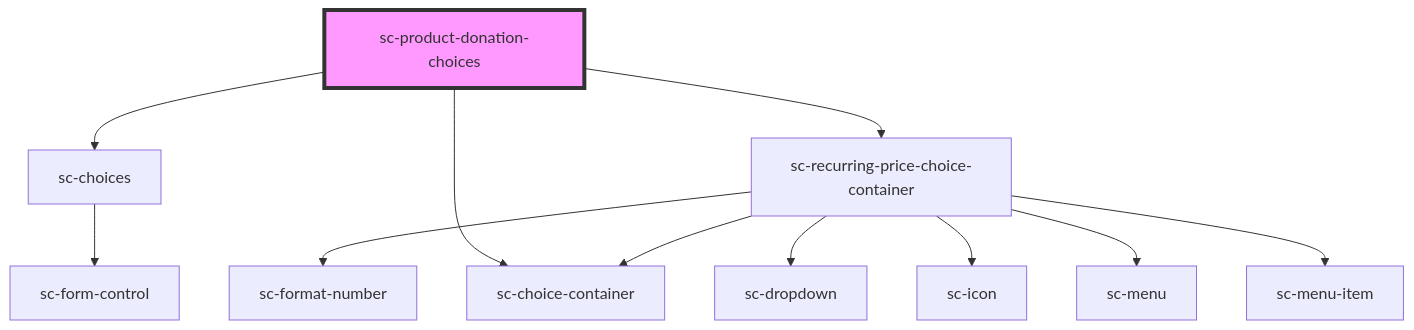
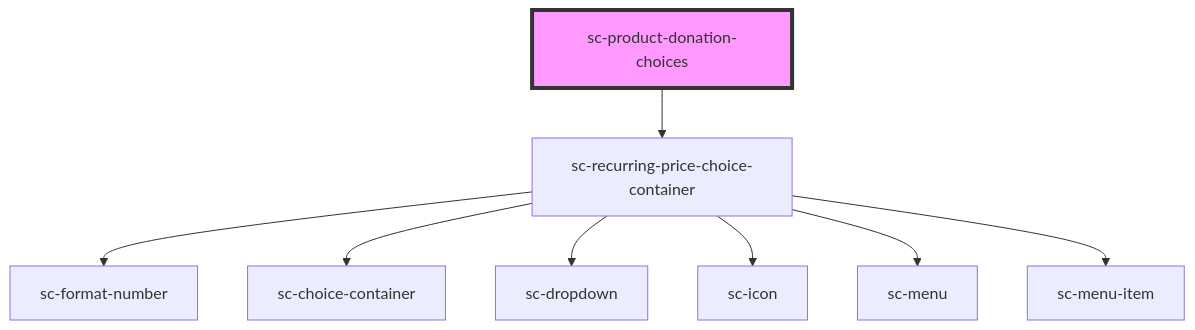
The diagram in packages/components/src/components/controllers/checkout-form/product-donation-choices/readme.md (surecart/surecart-wp-plugin), drawn with Mermaid before and after one commit. The commit also changed other lines of this file and 13 other files, not shown here.

````diff
--- a/packages/components/src/components/controllers/checkout-form/product-donation-choices/readme.md
+++ b/packages/components/src/components/controllers/checkout-form/product-donation-choices/readme.md
@@ -38,14 +24,11 @@
 ```mermaid
 graph TD;
-  sc-product-donation-choices --> sc-choices
   sc-product-donation-choices --> sc-recurring-price-choice-container
-  sc-product-donation-choices --> sc-choice-container
-  sc-choices --> sc-form-control
   sc-recurring-price-choice-container --> sc-format-number
   sc-recurring-price-choice-container --> sc-choice-container
   sc-recurring-price-choice-container --> sc-dropdown
   sc-recurring-price-choice-container --> sc-icon
   sc-recurring-price-choice-container --> sc-menu
   sc-recurring-price-choice-container --> sc-menu-item
   style sc-product-donation-choices fill:#f9f,stroke:#333,stroke-width:4px
 ```
````
